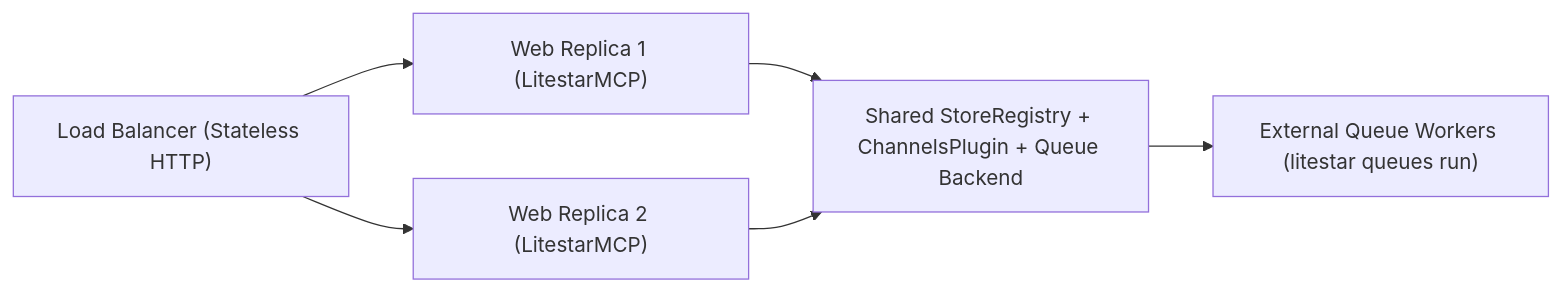
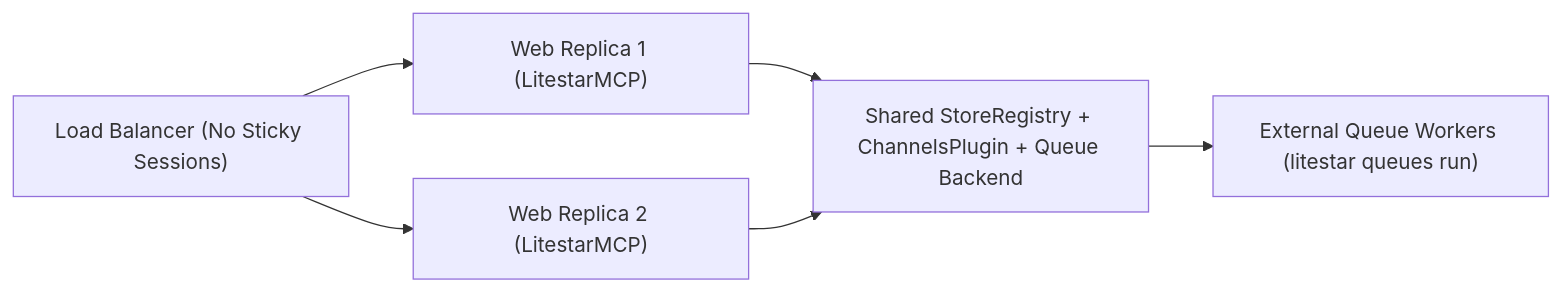
One commit to cofin/litestar-mcp changed the diagram in docs/queues/deployment.md. Above: the diagram before and after it, drawn with Mermaid. The commit also changed other lines of this file and 104 other files, not shown here.

````diff
--- a/docs/queues/deployment.md
+++ b/docs/queues/deployment.md
@@ -14,8 +14,8 @@
 ```mermaid
 flowchart LR
-    LB["Load Balancer (Stateless HTTP)"] --> Web1["Web Replica 1 (LitestarMCP)"]
+    LB["Load Balancer (No Sticky Sessions)"] --> Web1["Web Replica 1 (LitestarMCP)"]
     LB --> Web2["Web Replica 2 (LitestarMCP)"]
     Web1 --> Shared["Shared StoreRegistry + ChannelsPlugin + Queue Backend"]
     Web2 --> Shared
     Shared --> Workers["External Queue Workers (litestar queues run)"]
 ```
````
